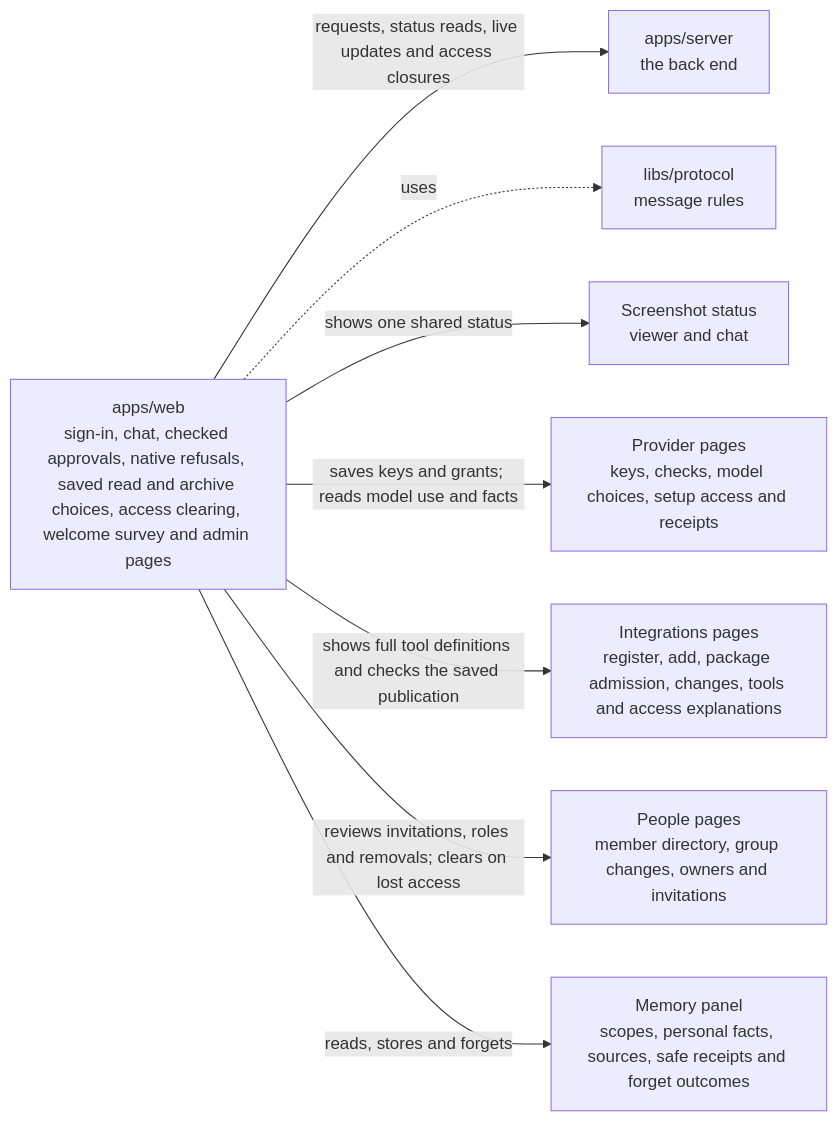
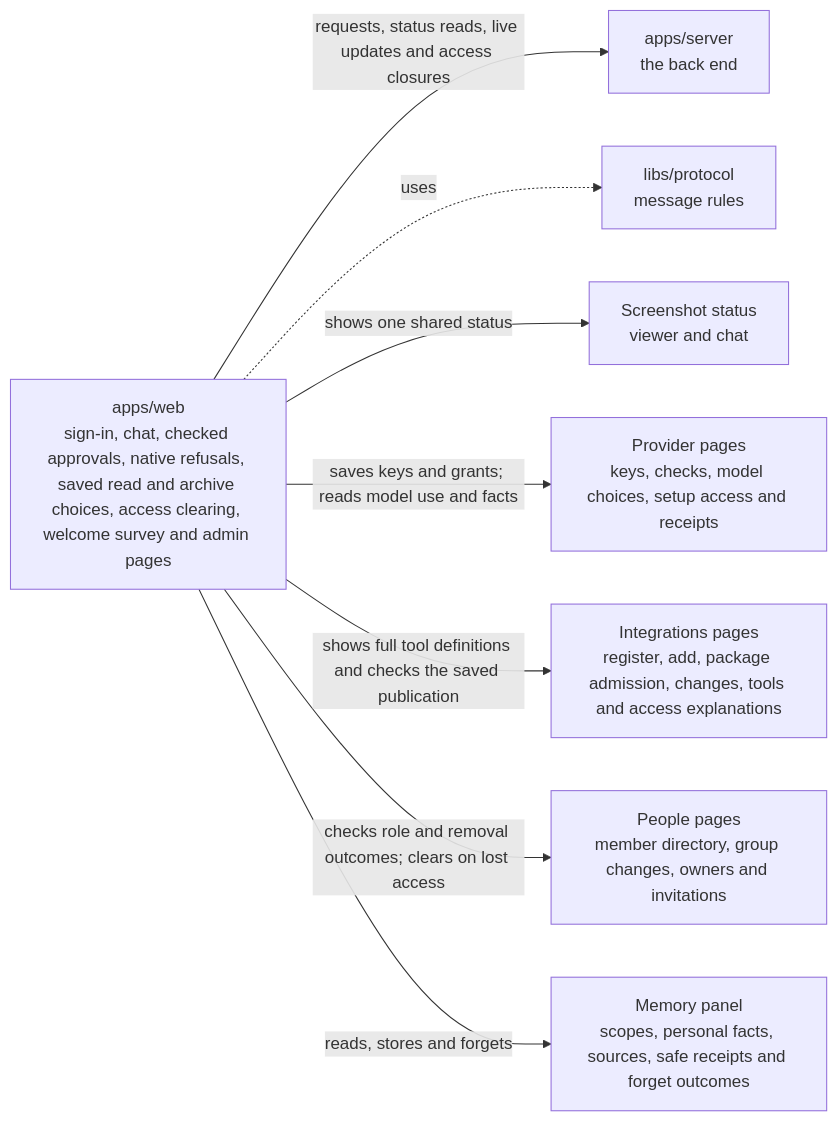
Before and after one commit to elewa-git/opencrane-new: the diagram in apps/web/README.md, drawn with Mermaid. The commit also changed other lines of this file and 15 other files, not shown here.

Commit message:
🔐 Clear denied role replies and guard member changes

````diff
--- a/apps/web/README.md
+++ b/apps/web/README.md
@@ -11,10 +11,10 @@
 ```mermaid
 flowchart LR
   web["apps/web<br/>sign-in, chat, checked approvals, native refusals, saved read and archive choices, access clearing, welcome survey and admin pages"] -->|requests, status reads, live updates and access closures| server["apps/server<br/>the back end"]
   web -.->|uses| protocol["libs/protocol<br/>message rules"]
   web -->|shows one shared status| capture["Screenshot status<br/>viewer and chat"]
   web -->|saves keys and grants; reads model use and facts| providers["Provider pages<br/>keys, checks, model choices, setup access and receipts"]
   web -->|shows full tool definitions and checks the saved publication| integrations["Integrations pages<br/>register, add, package admission, changes, tools and access explanations"]
-  web -->|reviews invitations, roles and removals; clears on lost access| people["People pages<br/>member directory, group changes, owners and invitations"]
+  web -->|checks role and removal outcomes; clears on lost access| people["People pages<br/>member directory, group changes, owners and invitations"]
   web -->|reads, stores and forgets| memory["Memory panel<br/>scopes, personal facts, sources, safe receipts and forget outcomes"]
 ```
````
